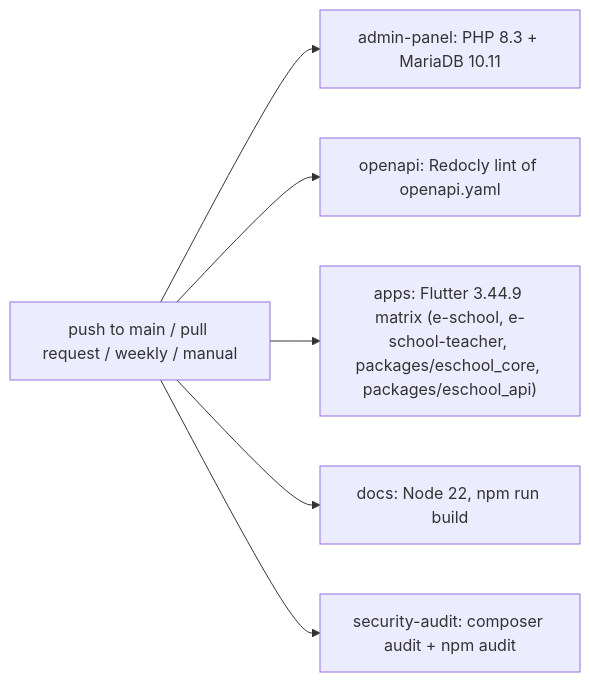
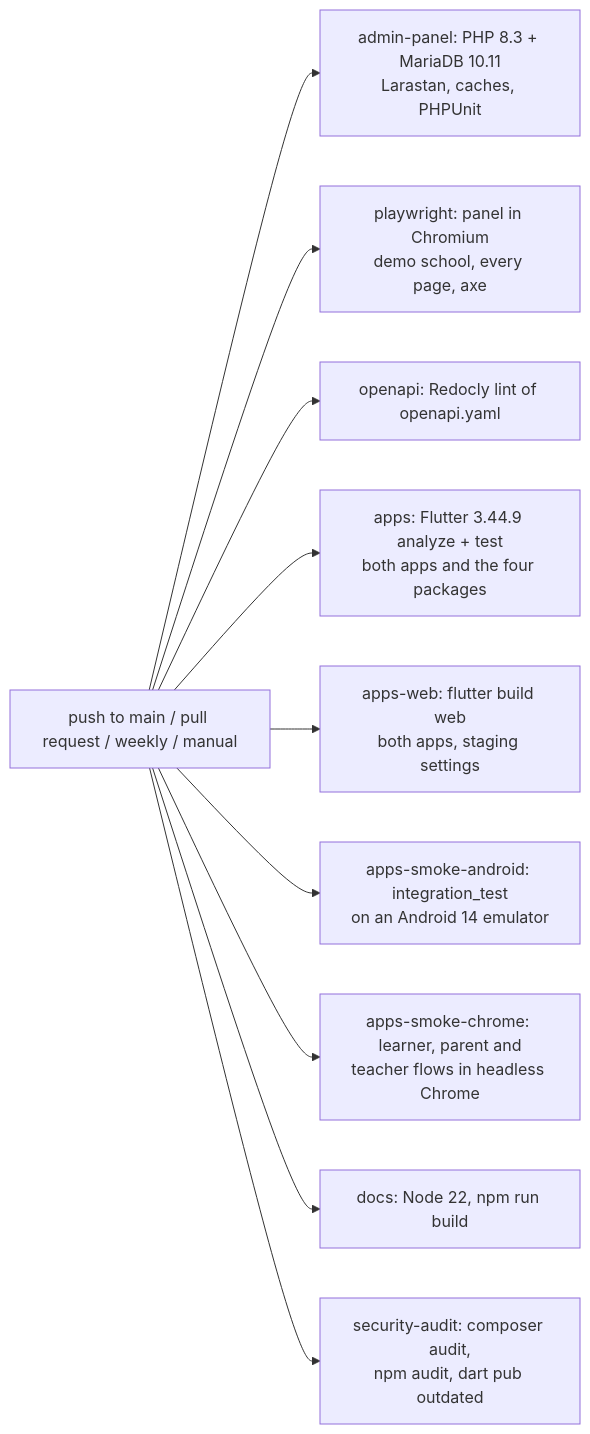
One commit to ShawnDaPrawn/Eschool changed the diagram in wiki/Testing-and-CI.md. Above: the diagram before and after it, drawn with Mermaid. The commit also changed other lines of this file and 16 other files, not shown here.

````diff
--- a/wiki/Testing-and-CI.md
+++ b/wiki/Testing-and-CI.md
@@ -13,8 +13,12 @@
 ```mermaid
 flowchart LR
-    T["push to main / pull request / weekly / manual"] --> A["admin-panel: PHP 8.3 + MariaDB 10.11"]
+    T["push to main / pull request / weekly / manual"] --> A["admin-panel: PHP 8.3 + MariaDB 10.11<br/>Larastan, caches, PHPUnit"]
+    T --> P["playwright: panel in Chromium<br/>demo school, every page, axe"]
     T --> O["openapi: Redocly lint of openapi.yaml"]
-    T --> B["apps: Flutter 3.44.9 matrix (e-school, e-school-teacher, packages/eschool_core, packages/eschool_api)"]
+    T --> B["apps: Flutter 3.44.9 analyze + test<br/>both apps and the four packages"]
+    T --> W["apps-web: flutter build web<br/>both apps, staging settings"]
+    T --> SA["apps-smoke-android: integration_test<br/>on an Android 14 emulator"]
+    T --> SC["apps-smoke-chrome: learner, parent and<br/>teacher flows in headless Chrome"]
     T --> C["docs: Node 22, npm run build"]
-    T --> D["security-audit: composer audit + npm audit"]
+    T --> D["security-audit: composer audit,<br/>npm audit, dart pub outdated"]
 ```
````
